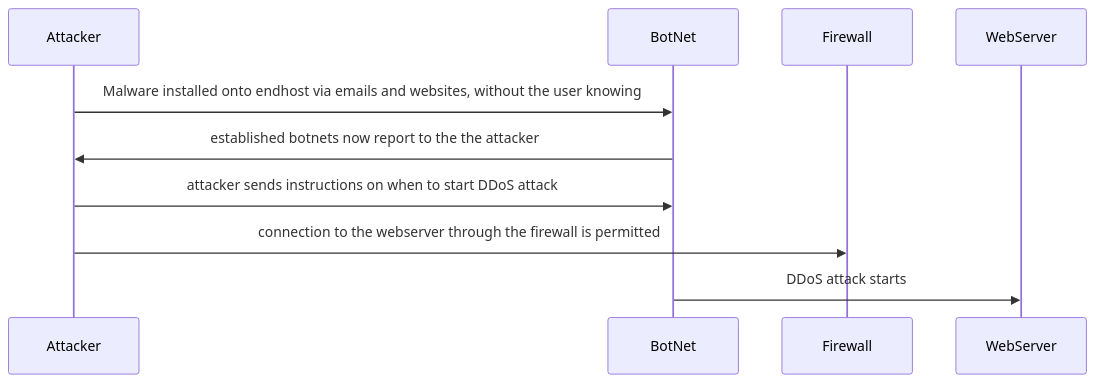
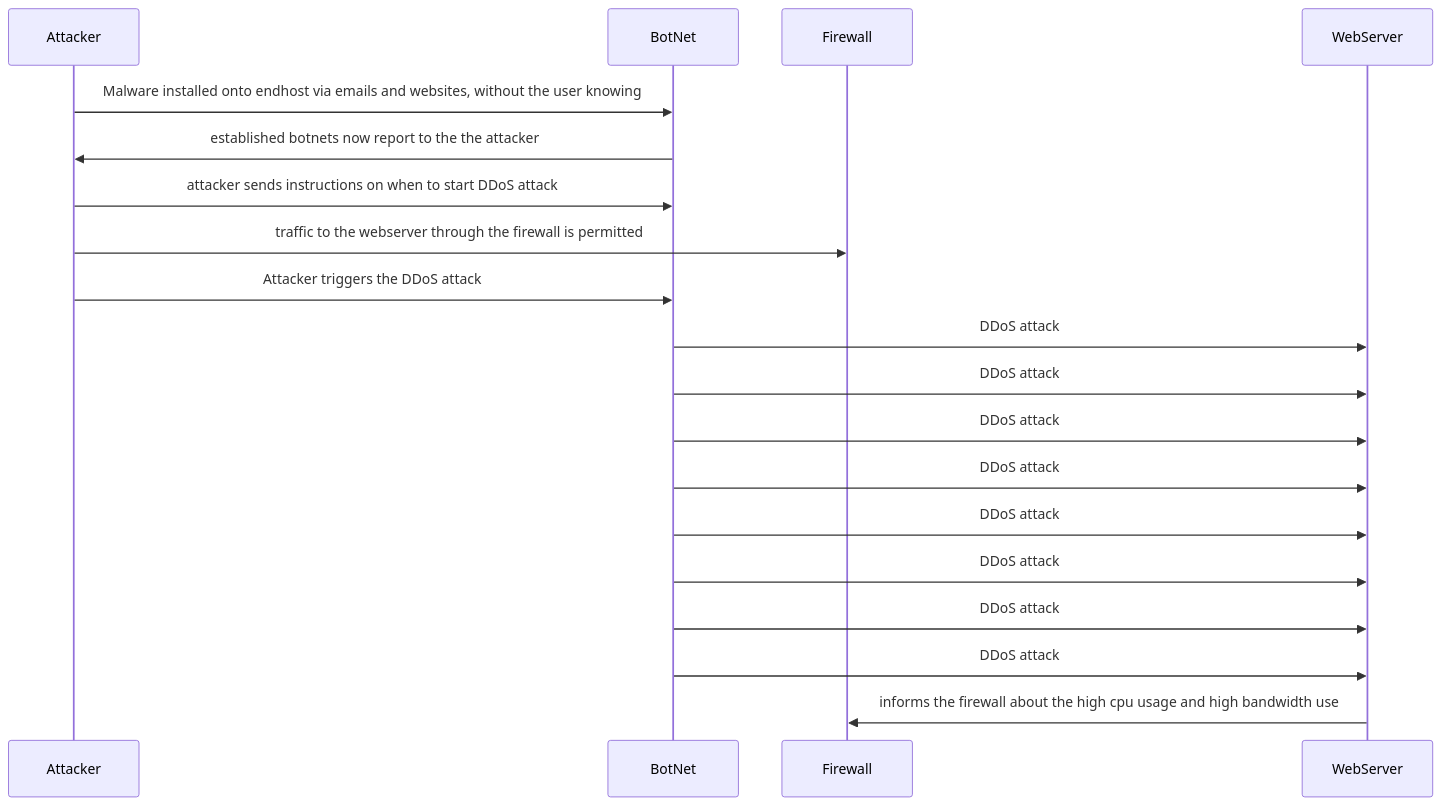
Before and after one commit to lmiddleton300/-DDoS_Attack_Sequence.md: the diagram in DDoS_Attack_Sequence.md, drawn with Mermaid.

````diff
--- a/DDoS_Attack_Sequence.md
+++ b/DDoS_Attack_Sequence.md
@@ -2,13 +2,22 @@
 ```mermaid
 sequenceDiagram
  participant Attacker
  participant BotNet
  participant Firewall
  participant WebServer
  
  Attacker->>BotNet: Malware installed onto endhost via emails and websites, without the user knowing
 BotNet->>Attacker: established botnets now report to the the attacker
 Attacker->>BotNet: attacker sends instructions on when to start DDoS attack
-Attacker->>Firewall: connection to the webserver through the firewall is permitted
-BotNet->>WebServer: DDoS attack starts
+Attacker->>Firewall: traffic to the webserver through the firewall is permitted
+Attacker->>BotNet: Attacker triggers the DDoS attack
+BotNet->>WebServer: DDoS attack
+BotNet->>WebServer: DDoS attack
+BotNet->>WebServer: DDoS attack
+BotNet->>WebServer: DDoS attack
+BotNet->>WebServer: DDoS attack
+BotNet->>WebServer: DDoS attack
+BotNet->>WebServer: DDoS attack
+BotNet->>WebServer: DDoS attack
+WebServer->>Firewall: informs the firewall about the high cpu usage and high bandwidth use
 ```
````
